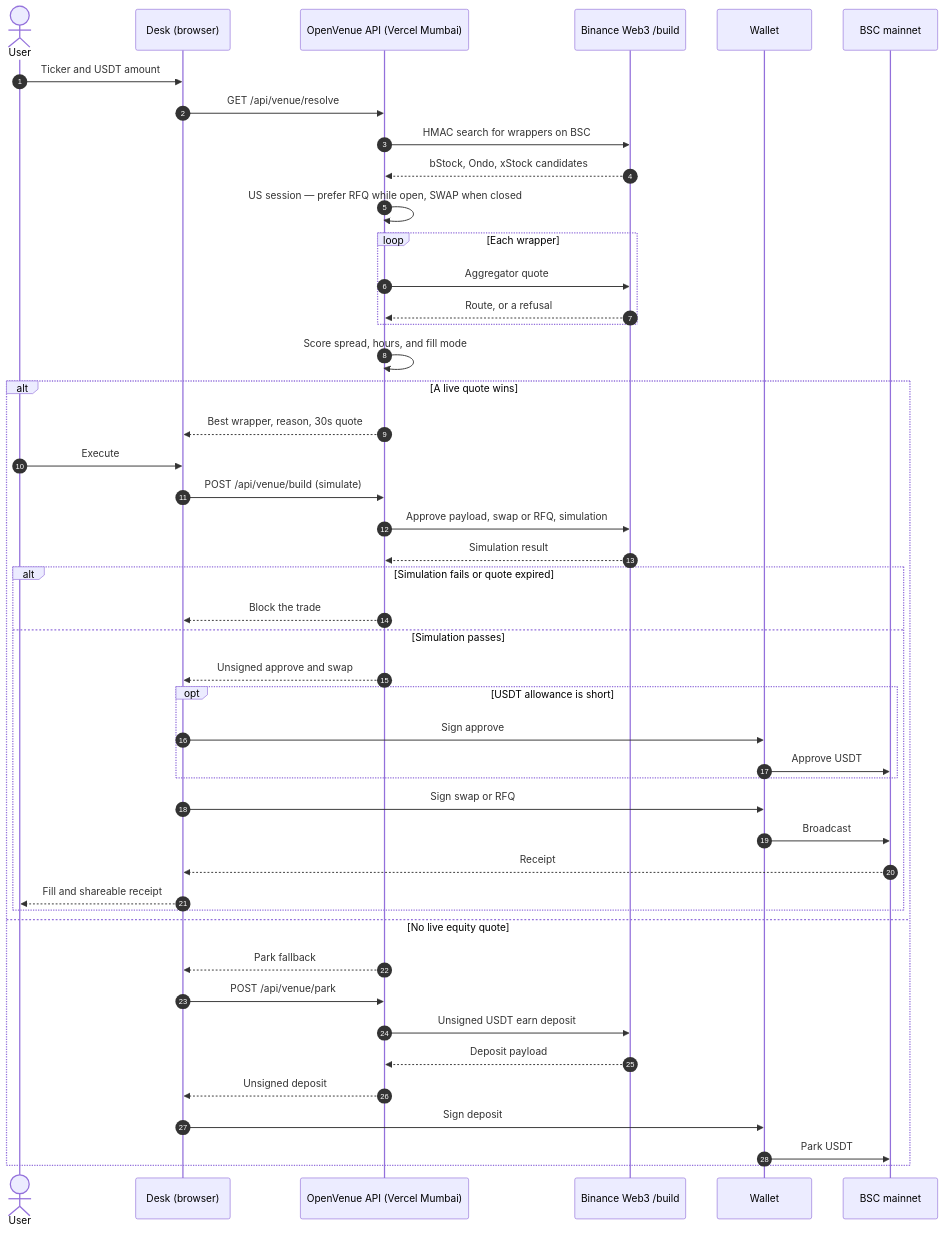
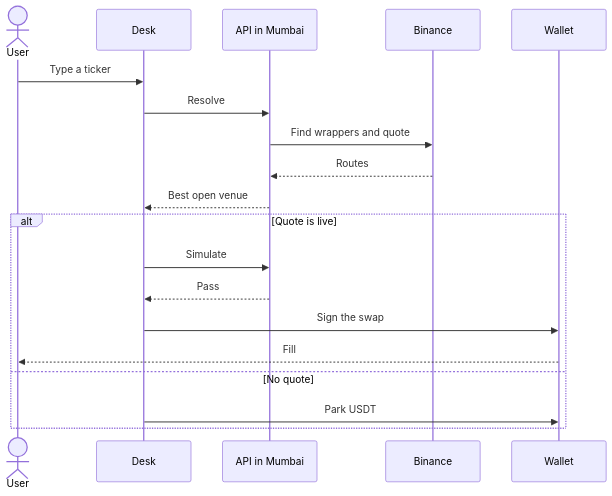
The first of 5 diagrams in README.md (AmaanSayyad/OpenVenue), drawn with Mermaid before and after one commit.

Commit message:
Shorten the architecture diagram so it fits one slide.
The overview keeps the ticker, quote, simulate, and park path. The longer diagrams stay further down.

````diff
--- a/README.md
+++ b/README.md
@@ -231,50 +231,22 @@
 ```mermaid
 sequenceDiagram
-  autonumber
   actor User
-  participant Desk as Desk (browser)
-  participant API as OpenVenue API (Vercel Mumbai)
-  participant Binance as Binance Web3 /build
-  participant Wallet as Wallet
-  participant BSC as BSC mainnet
+  participant Desk
+  participant API as API in Mumbai
+  participant Binance
+  participant Wallet
 
-  User->>Desk: Ticker and USDT amount
-  Desk->>API: GET /api/venue/resolve
-  API->>Binance: HMAC search for wrappers on BSC
-  Binance-->>API: bStock, Ondo, xStock candidates
-  API->>API: US session — prefer RFQ while open, SWAP when closed
-  loop Each wrapper
-    API->>Binance: Aggregator quote
-    Binance-->>API: Route, or a refusal
-  end
-  API->>API: Score spread, hours, and fill mode
-
-  alt A live quote wins
-    API-->>Desk: Best wrapper, reason, 30s quote
-    User->>Desk: Execute
-    Desk->>API: POST /api/venue/build (simulate)
-    API->>Binance: Approve payload, swap or RFQ, simulation
-    Binance-->>API: Simulation result
-    alt Simulation fails or quote expired
-      API-->>Desk: Block the trade
-    else Simulation passes
-      API-->>Desk: Unsigned approve and swap
-      opt USDT allowance is short
-        Desk->>Wallet: Sign approve
-        Wallet->>BSC: Approve USDT
-      end
-      Desk->>Wallet: Sign swap or RFQ
-      Wallet->>BSC: Broadcast
-      BSC-->>Desk: Receipt
-      Desk-->>User: Fill and shareable receipt
-    end
-  else No live equity quote
-    API-->>Desk: Park fallback
-    Desk->>API: POST /api/venue/park
-    API->>Binance: Unsigned USDT earn deposit
-    Binance-->>API: Deposit payload
-    API-->>Desk: Unsigned deposit
-    Desk->>Wallet: Sign deposit
-    Wallet->>BSC: Park USDT
+  User->>Desk: Type a ticker
+  Desk->>API: Resolve
+  API->>Binance: Find wrappers and quote
+  Binance-->>API: Routes
+  API-->>Desk: Best open venue
+  alt Quote is live
+    Desk->>API: Simulate
+    API-->>Desk: Pass
+    Desk->>Wallet: Sign the swap
+    Wallet-->>User: Fill
+  else No quote
+    Desk->>Wallet: Park USDT
   end
 ```
````
